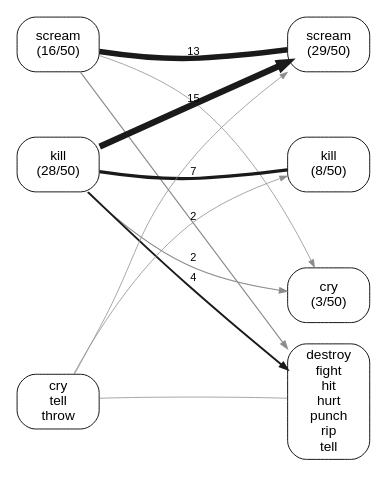
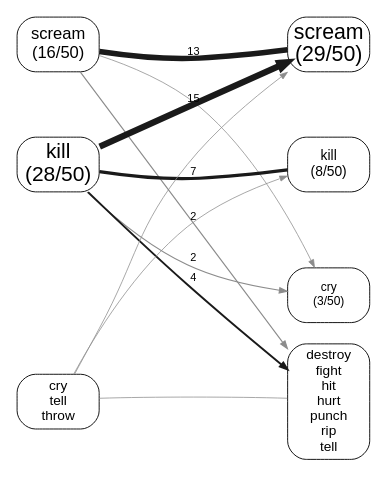
One commit to quadrismegistus/malignment changed the diagram in experiments/displacement/substitution_shape/figures/lineage_graph_she_was_so_angry_she_flow_ranked.dot. Above: the diagram before and after it, drawn with Graphviz. The commit also changed 4 other files, not shown here.

```diff
--- a/experiments/displacement/substitution_shape/figures/lineage_graph_she_was_so_angry_she_flow_ranked.dot
+++ b/experiments/displacement/substitution_shape/figures/lineage_graph_she_was_so_angry_she_flow_ranked.dot
@@ -1,39 +1,39 @@
 digraph linrank {
   rankdir=LR; splines=true; overlap=false;
   size="4.8,12.48";
   bgcolor="white"; nodesep=0.10; ranksep=1.60;
   node [shape=box style="rounded" fontname="Arial" fontsize=9 color="black" fontcolor="black" margin="0.06,0.035" penwidth=0.6];
   edge [fontname="Arial" fontsize=7.2 color="#4d4d4d" penwidth=0.75 arrowsize=0.5];
   { rank=same;
-  "B_scream" [label="scream\n(16/50)"];
-  "B_kill" [label="kill\n(28/50)"];
+  "B_scream" [label="scream\n(16/50)" fontsize=10.9];
+  "B_kill" [label="kill\n(28/50)" fontsize=13.8];
   "B_cry" [style=invis label=""];
   "B_ZZ_ONES" [label="cry\ntell\nthrow"];
   }
   { rank=same;
-  "A_scream" [label="scream\n(29/50)"];
-  "A_kill" [label="kill\n(8/50)"];
-  "A_cry" [label="cry\n(3/50)"];
+  "A_scream" [label="scream\n(29/50)" fontsize=14.0];
+  "A_kill" [label="kill\n(8/50)" fontsize=9.1];
+  "A_cry" [label="cry\n(3/50)" fontsize=7.9];
   "A_ZZ_ONES" [label="destroy\nfight\nhit\nhurt\npunch\nrip\ntell"];
   }
   "B_scream" -> "B_kill" [style=invis];
   "B_kill" -> "B_cry" [style=invis];
   "B_cry" -> "B_ZZ_ONES" [style=invis];
   "A_scream" -> "A_kill" [style=invis];
   "A_kill" -> "A_cry" [style=invis];
   "A_cry" -> "A_ZZ_ONES" [style=invis];
   "B_scream" -> "A_scream" [style=invis weight=100];
   "B_kill" -> "A_kill" [style=invis weight=100];
   "B_cry" -> "A_cry" [style=invis weight=100];
   "B_ZZ_ONES" -> "A_ZZ_ONES" [style=invis weight=100];
   "B_kill" -> "A_scream" [penwidth=4.10 color="#1a1a1a" label="15"];
   "B_scream" -> "A_scream" [penwidth=3.59 color="#1a1a1a" arrowhead=none label="13"];
   "B_kill" -> "A_kill" [penwidth=2.04 color="#1a1a1a" arrowhead=none label="7"];
   "B_kill" -> "A_ZZ_ONES" [penwidth=1.27 color="#1a1a1a" label="4"];
   "B_kill" -> "A_cry" [penwidth=0.76 color="#8c8c8c" label="2"];
   "B_scream" -> "A_ZZ_ONES" [penwidth=0.76 color="#8c8c8c" label="2"];
   "B_ZZ_ONES" -> "A_kill" [penwidth=0.50 color="#8c8c8c"];
   "B_scream" -> "A_cry" [penwidth=0.50 color="#8c8c8c"];
   "B_ZZ_ONES" -> "A_ZZ_ONES" [penwidth=0.50 color="#8c8c8c" arrowhead=none];
   "B_ZZ_ONES" -> "A_scream" [penwidth=0.50 color="#8c8c8c"];
 }
```
